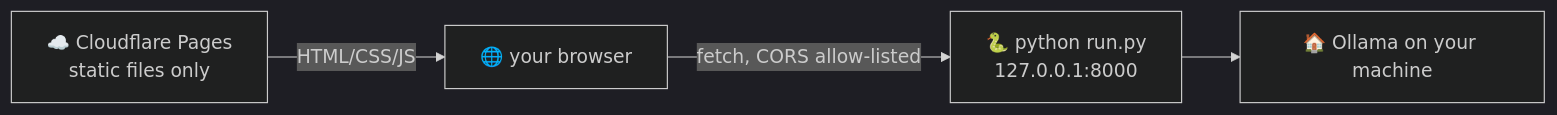
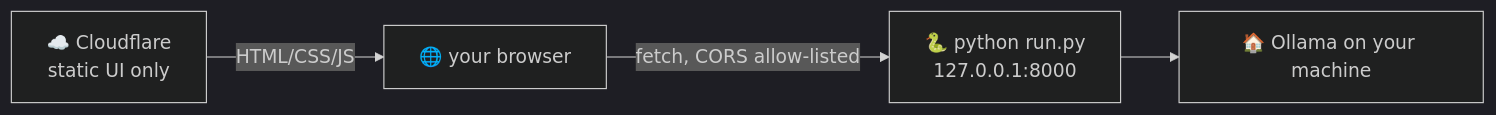
Before and after one commit to kcsanjayj/Spaghetti: the diagram in docs/DEPLOY.md, drawn with Mermaid (dark theme). The commit also changed other lines of this file and 1 other file, not shown here.

Commit message:
Document live Cloudflare Worker URL

````diff
--- a/docs/DEPLOY.md
+++ b/docs/DEPLOY.md
@@ -3,6 +3,6 @@
 ```mermaid
 flowchart LR
-  P[☁️ Cloudflare Pages<br/>static files only] -->|HTML/CSS/JS| B[🌐 your browser]
+  P[☁️ Cloudflare<br/>static UI only] -->|HTML/CSS/JS| B[🌐 your browser]
   B -->|fetch, CORS allow-listed| L[🐍 python run.py<br/>127.0.0.1:8000]
   L --> O[🏠 Ollama on your machine]
 ```
````
